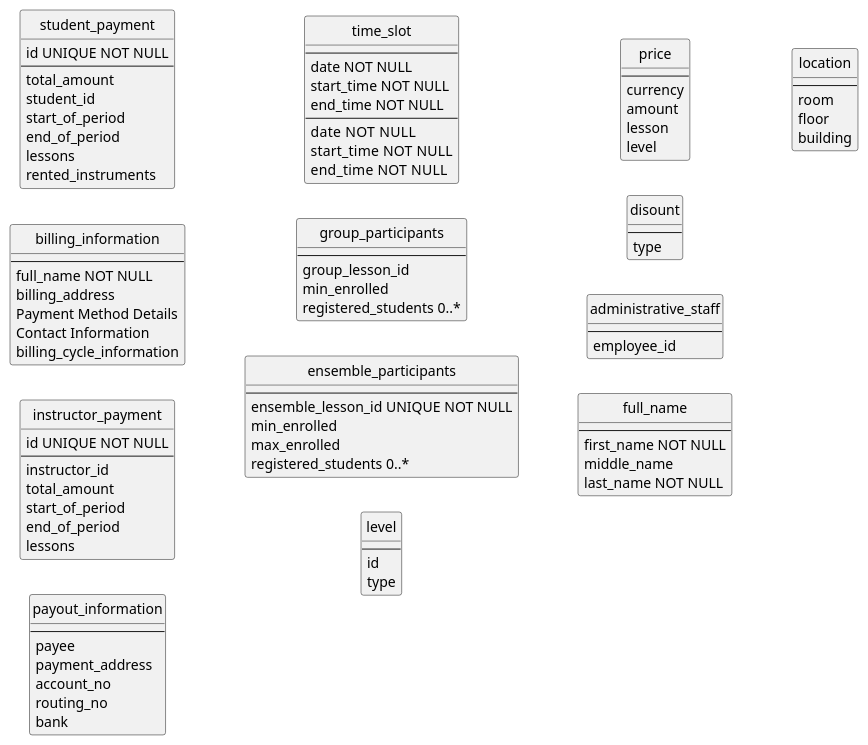
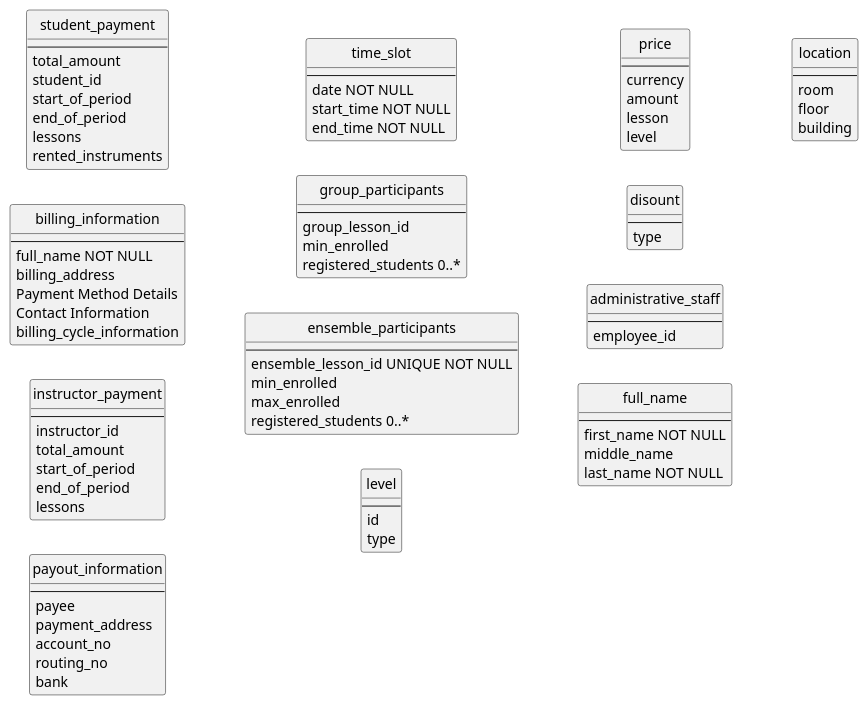
The second of 3 diagrams in diagrams/cm.puml (blomquiste/kth-iv1351-data-storage-paradigms), drawn with PlantUML before and after one commit. The commit also changed other lines of this file and 1 other file, not shown here.

```diff
--- a/diagrams/cm.puml
+++ b/diagrams/cm.puml
@@ -269,142 +269,135 @@
 @startuml
 hide circle
 
 skinparam linetype ortho
 ' top to bottom direction
 left to right direction
 ' skinparam ClassAttributeIconSize 0
 
 ' FINANCIAL
 entity student_payment {
-    id UNIQUE NOT NULL
+    ' id UNIQUE NOT NULL
     --
     total_amount
     student_id
     start_of_period
     end_of_period
     lessons
     rented_instruments
 }
 ' note bottom 
 '     What if the bill should include several students? 
 ' end note
 entity "billing_information" {
     --
     ' The name on the credit card or billing account.
     full_name NOT NULL
     ' The address associated with the credit card or account.
     billing_address
     ' Credit card number, expiration date, and security code (CVV), or bank account details for direct debit.
     Payment Method Details
     ' Phone number and email address, in case the business needs to contact the person about their bill.
     Contact Information
     ' Information regarding how often the customer will be charged (monthly, quarterly, annually).
     billing_cycle_information
 }
 
 entity instructor_payment {
-    id UNIQUE NOT NULL
+    ' id UNIQUE NOT NULL
     --
     instructor_id
     total_amount
     start_of_period
     end_of_period
     lessons
 }
 ' entity "monthly_statement" {
 ' }
 
 entity "payout_information" {
     --
     ' The name of the individual or business that will receive the payment.
     payee
     ' Payment Address: The postal address associated with the payee's account, if necessary.
     payment_address
     ' Bank Account Details: This could include the bank name, account number, and routing number for bank transfers.
     account_no
     routing_no
     bank
     ' SWIFT Code and International Bank Account Number (IBAN): For international payments, these numbers help identify the bank and the individual account.
     ' Tax Identification Number (TIN): This might be required for tax purposes, depending on the nature and location of the transaction.
 }
 
 
 ' billing_information ||--|{ student : for
 ' payout_information ||--|| instructor : for
 
 ' individual_lesson ||---|| time_period : lasts
 ' group_lesson ||---|| time_period : lasts
 ' ensemble ||---|| time_period : lasts
 ' group_lesson ||---|| group_participants : has
 ' ensemble ||---|| ensemble_participants : has
 
 entity "time_slot" {
     --
     date NOT NULL
     start_time NOT NULL
     end_time NOT NULL
 }
 
 entity "group_participants" {
     --
     group_lesson_id
     min_enrolled
     registered_students 0..*
     ' registered_students : student_id[]
 }
 
 entity "ensemble_participants" {
     --
     ensemble_lesson_id UNIQUE NOT NULL
     min_enrolled
     max_enrolled
     registered_students 0..*
 }
 
 entity "level" {
     --
     id
     type
 }
 
 entity "price" {
     --
     currency
     amount
     lesson
     level
 }
 
 entity "disount" {
     --
     type
 }
 
 entity "administrative_staff" {
     --
     employee_id
 }
 
 entity "full_name" {
     --
     first_name NOT NULL
     middle_name
     last_name NOT NULL
 }
 
 entity "location" {
     --
     room
     floor
     building
 }
 
-entity "time_slot" {
-    ' id  UNIQUE NOT NULL
-    --
-    date  NOT NULL
-    start_time  NOT NULL
-    end_time  NOT NULL
-}
 
 @enduml
```
